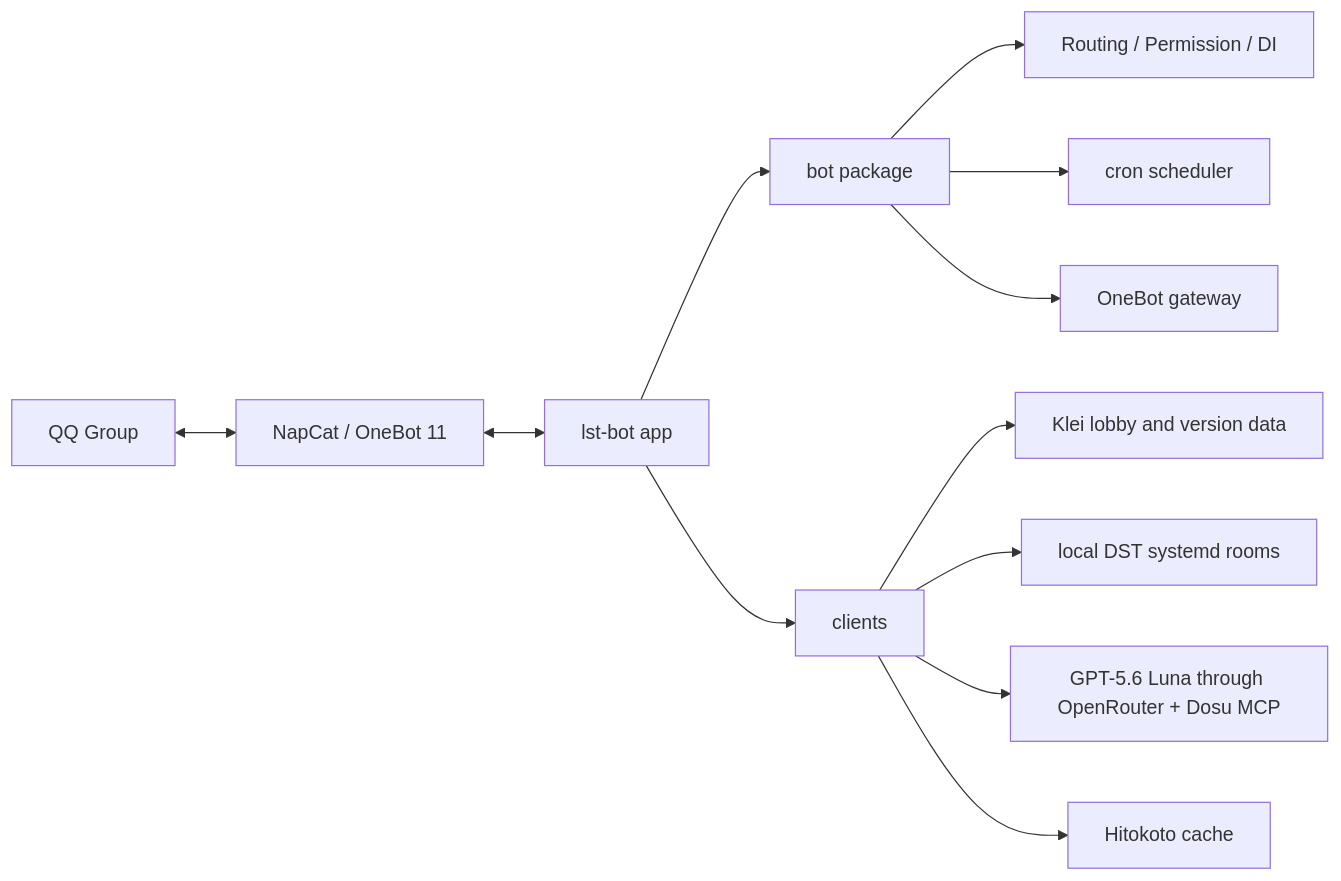
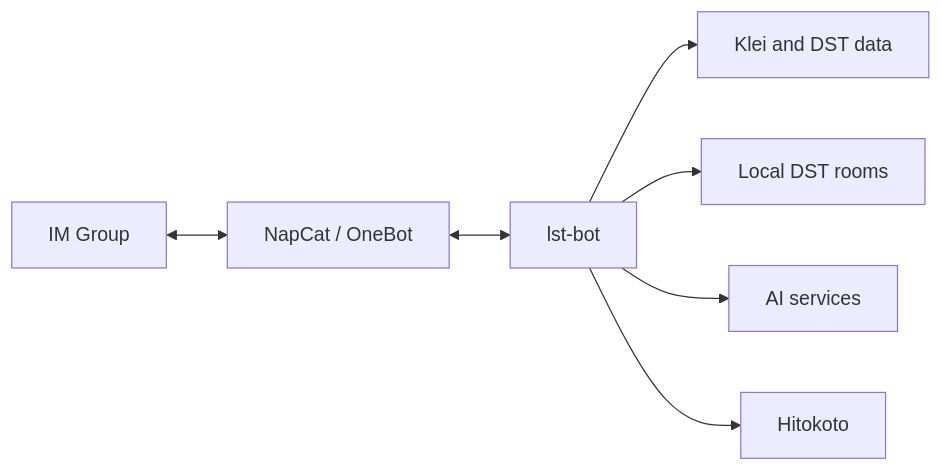
Before and after one commit to LetsStarveTogether/lst-bot: the diagram in README.md, drawn with Mermaid. The commit also changed other lines of this file and 5 other files, not shown here.

````diff
--- a/README.md
+++ b/README.md
@@ -24,16 +23,9 @@
 ```mermaid
 flowchart LR
-    QQ[QQ Group] <--> NapCat[NapCat / OneBot 11]
-    NapCat <--> Bot[lst-bot app]
-
-    Bot --> Framework[bot package]
-    Framework --> Router[Routing / Permission / DI]
-    Framework --> Scheduler[cron scheduler]
-    Framework --> Gateway[OneBot gateway]
-
-    Bot --> Clients[clients]
-    Clients --> Klei[Klei lobby and version data]
-    Clients --> DST[local DST systemd rooms]
-    Clients --> AI[GPT-5.6 Luna through OpenRouter + Dosu MCP]
-    Clients --> Hitokoto[Hitokoto cache]
+    Chat[IM Group] <--> Gateway[NapCat / OneBot]
+    Gateway <--> Bot[lst-bot]
+    Bot --> Game[Klei and DST data]
+    Bot --> Rooms[Local DST rooms]
+    Bot --> AI[AI services]
+    Bot --> Hitokoto[Hitokoto]
 ```
````
